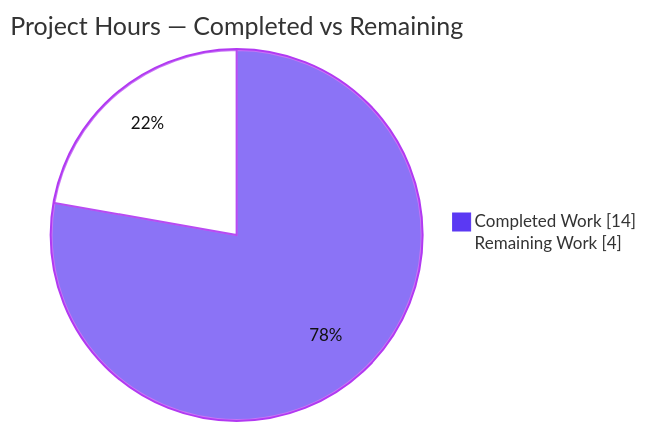
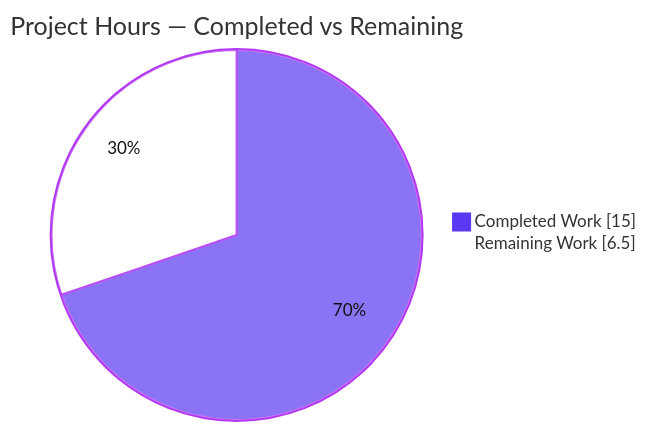
One commit to Sandeep02Kumar02/existing-projects-qa-test changed the second of 4 diagrams in blitzy/documentation/Project Guide.md. Above: the diagram before and after it, drawn with Mermaid. The commit also changed other lines of this file, not shown here.

Commit message:
Adding Blitzy Project Guide: Project Status and Human Tasks Remaining

````diff
--- a/blitzy/documentation/Project Guide.md
+++ b/blitzy/documentation/Project Guide.md
@@ -195,6 +261,6 @@
 ```mermaid
 %%{init: {'theme':'base', 'themeVariables': {'pie1':'#5B39F3','pie2':'#FFFFFF','pieStrokeColor':'#B23AF2','pieOuterStrokeColor':'#B23AF2','pieSectionTextColor':'#111111','pieStrokeWidth':'2px'}}}%%
 pie showData title Project Hours — Completed vs Remaining
-    "Completed Work" : 14
-    "Remaining Work" : 4
+    "Completed Work" : 15
+    "Remaining Work" : 6.5
 ```
````
